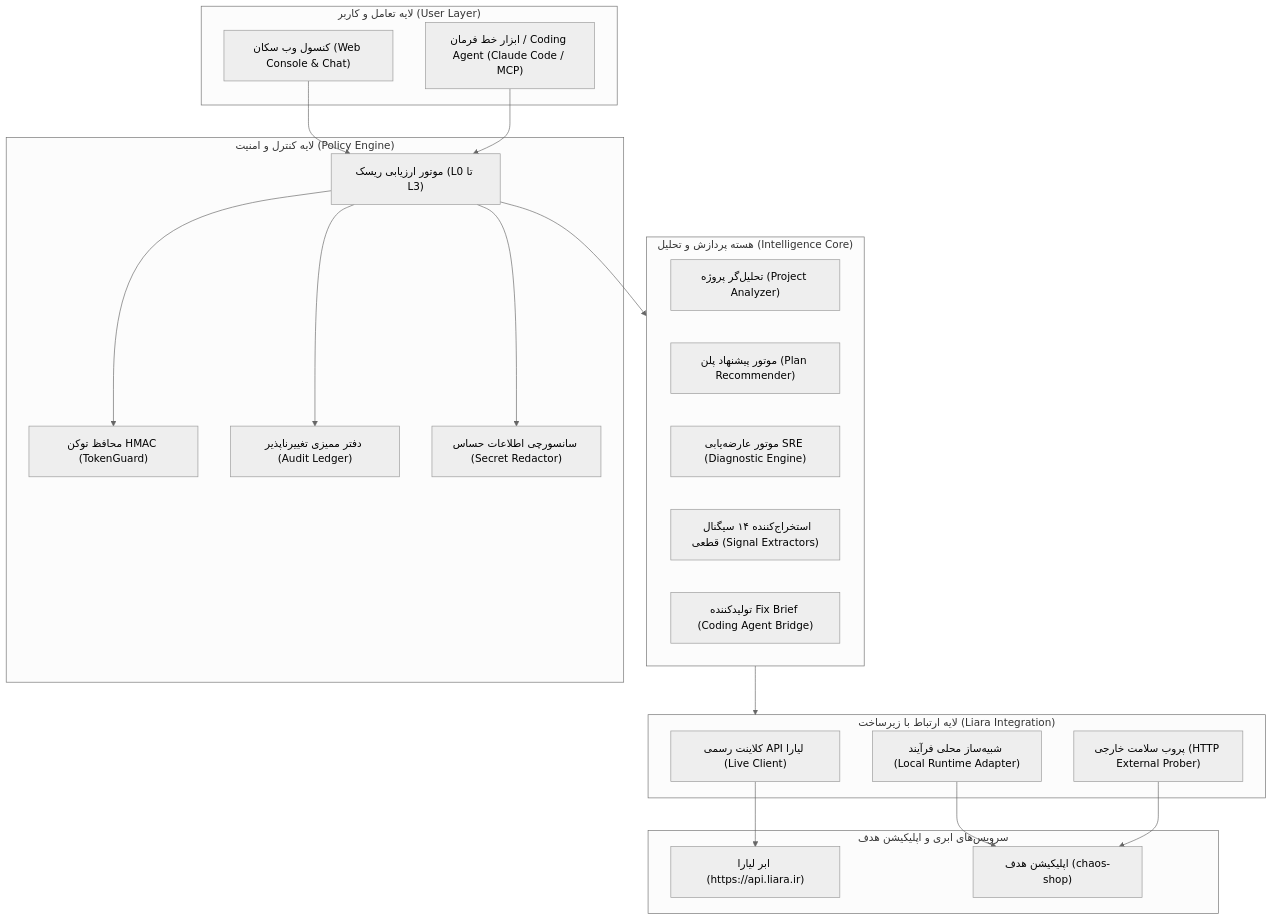
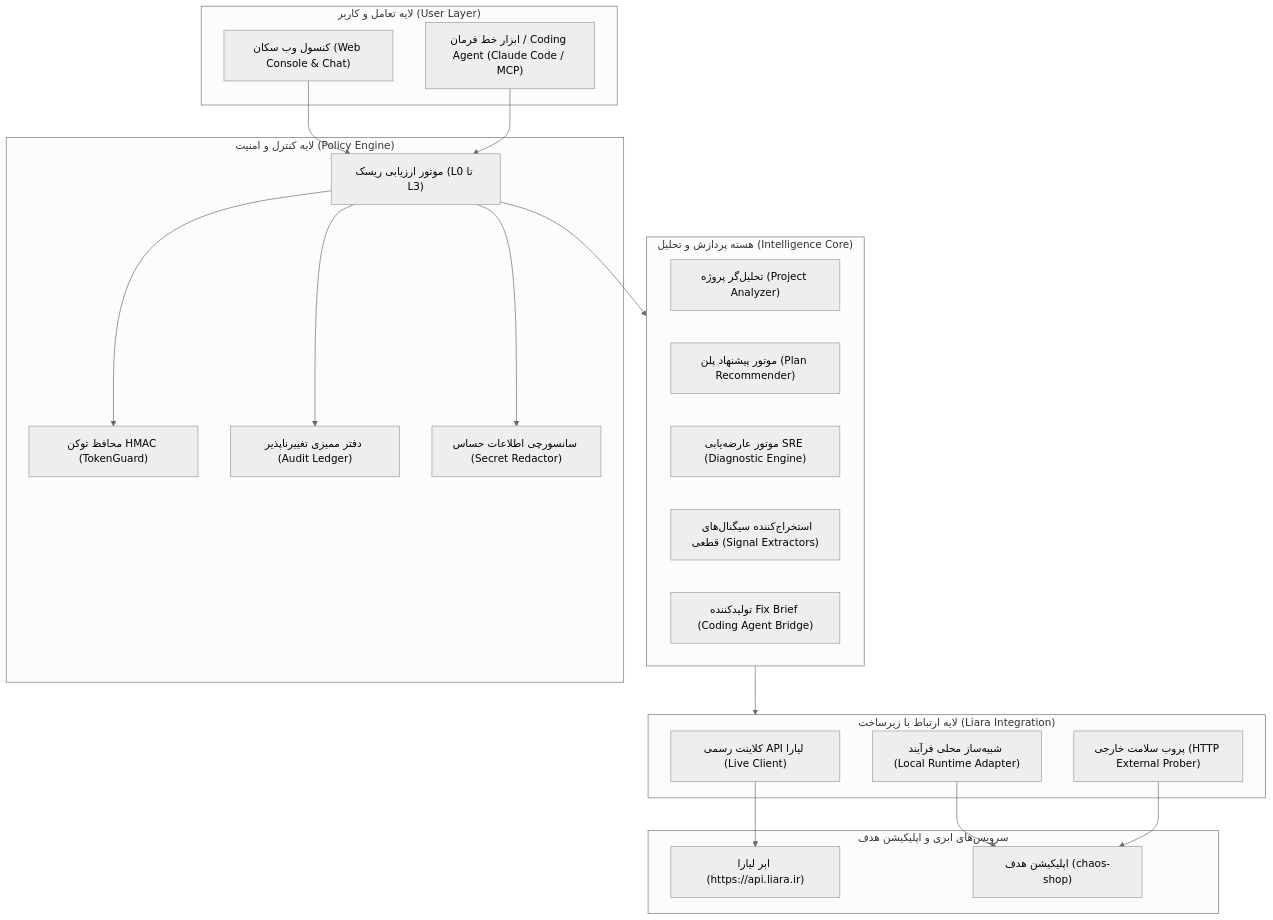
The diagram in docs/ARCHITECTURE.md (AlacrityAgency/liara), drawn with Mermaid (neutral theme) before and after one commit. The commit also changed other lines of this file and 9 other files, not shown here.

````diff
--- a/docs/ARCHITECTURE.md
+++ b/docs/ARCHITECTURE.md
@@ -14,40 +14,40 @@
 ```mermaid
 flowchart TB
     subgraph Client["لایه تعامل و کاربر (User Layer)"]
         UI["کنسول وب سکان (Web Console & Chat)"]
         CLI["ابزار خط فرمان / Coding Agent (Claude Code / MCP)"]
     end
 
     subgraph Security["لایه کنترل و امنیت (Policy Engine)"]
         PE["موتور ارزیابی ریسک (L0 تا L3)"]
         TG["محافظ توکن HMAC (TokenGuard)"]
         AL["دفتر ممیزی تغییرناپذیر (Audit Ledger)"]
         SR["سانسورچی اطلاعات حساس (Secret Redactor)"]
     end
 
     subgraph Core["هسته پردازش و تحلیل (Intelligence Core)"]
         PA["تحلیل‌گر پروژه (Project Analyzer)"]
         PR["موتور پیشنهاد پلن (Plan Recommender)"]
         DE["موتور عارضه‌یابی SRE (Diagnostic Engine)"]
-        SE["استخراج‌کننده ۱۴ سیگنال قطعی (Signal Extractors)"]
+        SE["استخراج‌کننده سیگنال‌های قطعی (Signal Extractors)"]
         FB["تولیدکننده Fix Brief (Coding Agent Bridge)"]
     end
 
     subgraph Integration["لایه ارتباط با زیرساخت (Liara Integration)"]
         LC["کلاینت رسمی API لیارا (Live Client)"]
         LRA["شبیه‌ساز محلی فرآیند (Local Runtime Adapter)"]
         HP["پروب سلامت خارجی (HTTP External Prober)"]
     end
 
     subgraph Target["سرویس‌های ابری و اپلیکیشن هدف"]
         LiaraCloud["ابر لیارا (https://api.liara.ir)"]
         ChaosShop["اپلیکیشن هدف (chaos-shop)"]
     end
 
     UI & CLI --> PE
     PE --> TG & AL & SR
     PE --> Core
     Core --> Integration
     LC --> LiaraCloud
     LRA & HP --> ChaosShop
 ```
````
